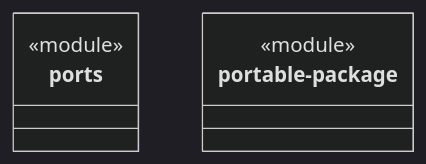
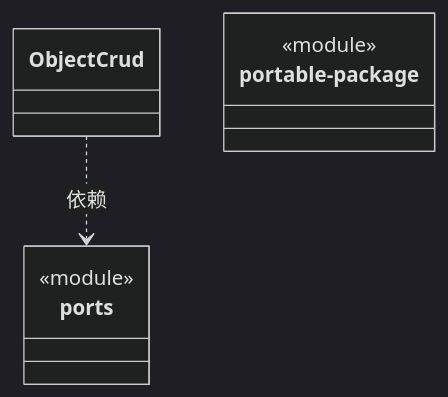
One commit to nan023062/cbim changed the second of 2 diagrams in src/logic/knowledge/rules/ARCHITECTURE.md. Above: the diagram before and after it, drawn with Mermaid (dark theme). The commit also changed other lines of this file and 212 other files, not shown here.

````diff
--- a/src/logic/knowledge/rules/ARCHITECTURE.md
+++ b/src/logic/knowledge/rules/ARCHITECTURE.md
@@ -52,11 +55,14 @@
 ```mermaid
 classDiagram
+class N_c0cc3923403e["ObjectCrud"]
+click N_c0cc3923403e href "object-crud.ts"
 class N_46a3a7b22ab1["ports"] {
   <<module>>
 }
 click N_46a3a7b22ab1 href "ports.ts"
 class N_6652180623f8["portable-package"] {
   <<module>>
 }
 click N_6652180623f8 href "portable-package.ts"
+N_c0cc3923403e ..> N_46a3a7b22ab1 : 依赖
 ```
````
